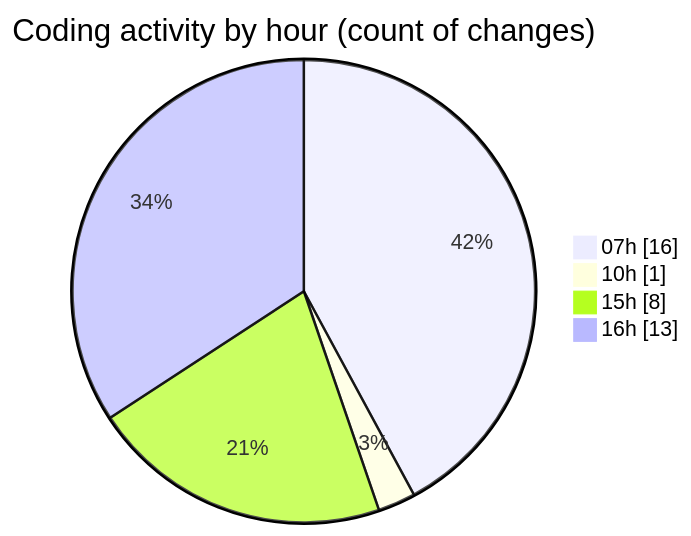
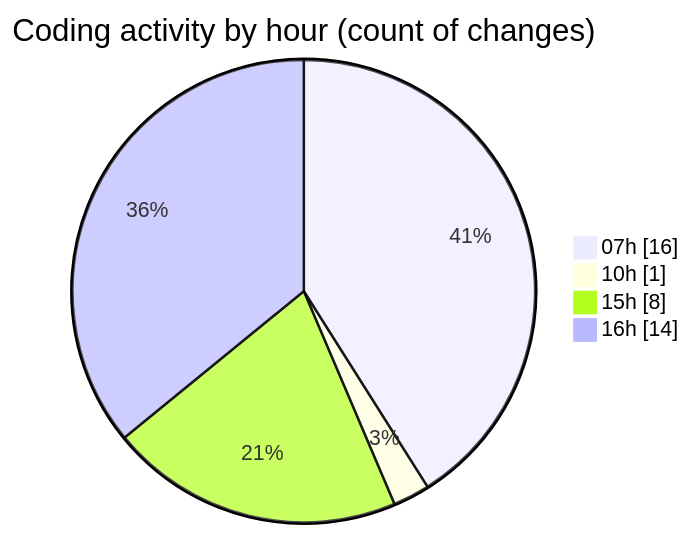
Before and after one commit to robertbonfada/code-tracking: the second of 2 diagrams in 2025-03-07/mbc-web/README.md, drawn with Mermaid. The commit also changed other lines of this file and 1 other file, not shown here.

````diff
--- a/2025-03-07/mbc-web/README.md
+++ b/2025-03-07/mbc-web/README.md
@@ -38,8 +38,8 @@
 ```mermaid
 pie showData
 title Coding activity by hour (count of changes)
 "07h" : 16
 "10h" : 1
 "15h" : 8
-"16h" : 13
+"16h" : 14
 ```
````
